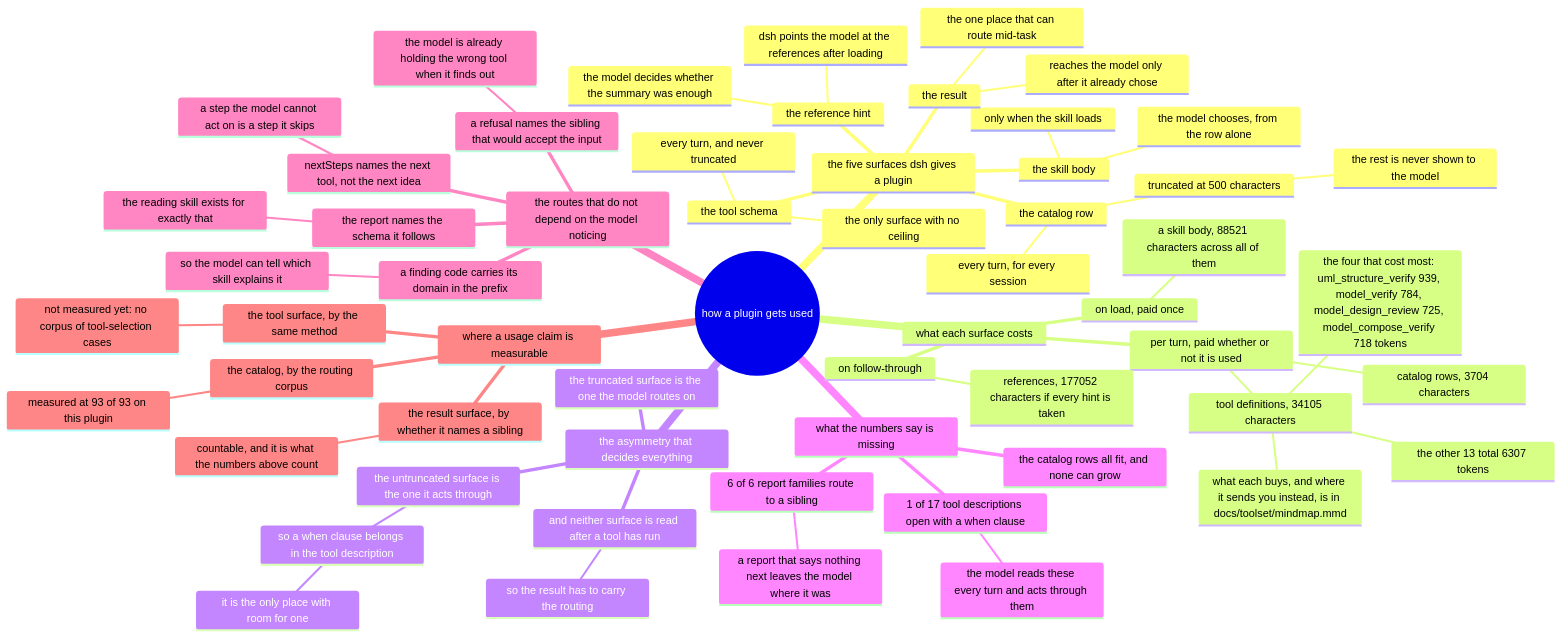
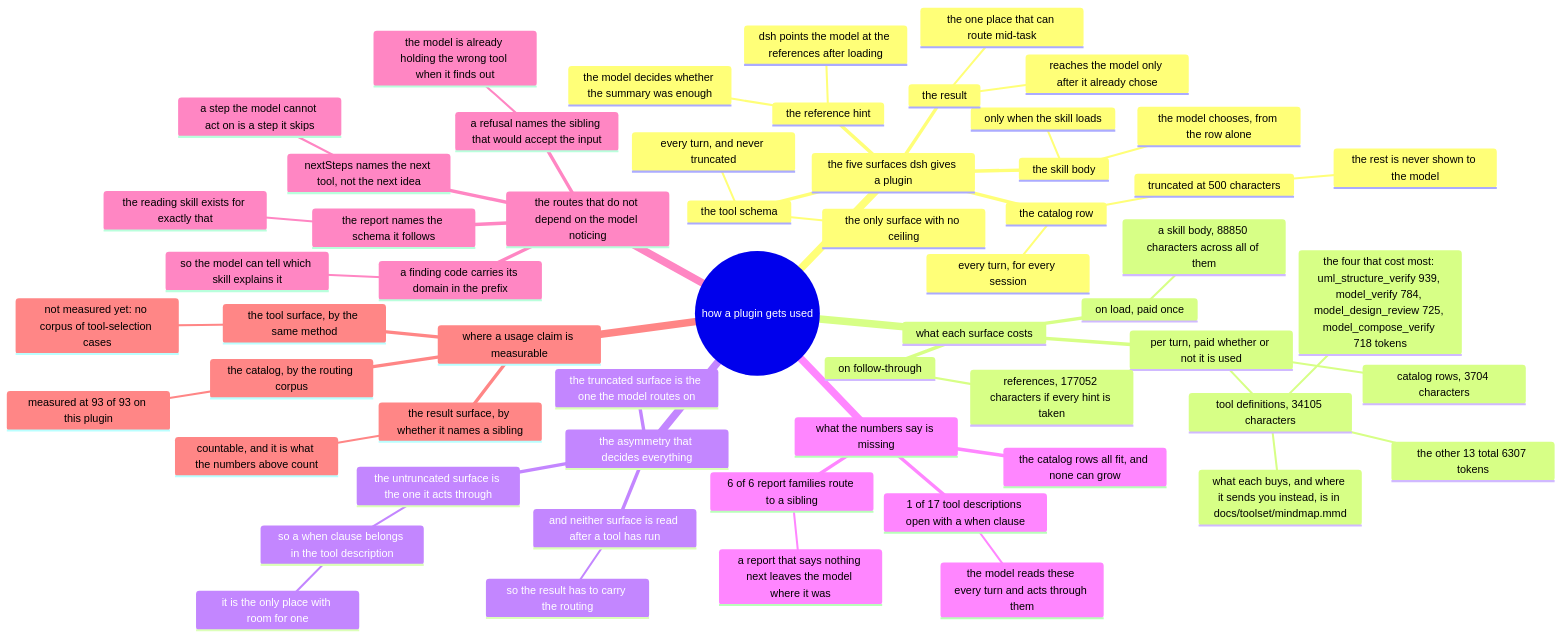
The diagram in docs/usage/mindmap.mmd (AmethystLuna/dsh-model-everything), drawn with Mermaid before and after one commit. The commit also changed 14 other files, not shown here.

```diff
--- a/docs/usage/mindmap.mmd
+++ b/docs/usage/mindmap.mmd
@@ -1,59 +1,59 @@
 mindmap
 root((how a plugin gets used))
   the five surfaces dsh gives a plugin
     the catalog row
       every turn, for every session
       truncated at 500 characters
         the rest is never shown to the model
     the skill body
       only when the skill loads
       the model chooses, from the row alone
     the reference hint
       dsh points the model at the references after loading
       the model decides whether the summary was enough
     the tool schema
       every turn, and never truncated
       the only surface with no ceiling
     the result
       reaches the model only after it already chose
       the one place that can route mid-task
   what each surface costs
     per turn, paid whether or not it is used
       catalog rows, 3704 characters
       tool definitions, 34105 characters
         the four that cost most: uml_structure_verify 939, model_verify 784, model_design_review 725, model_compose_verify 718 tokens
         the other 13 total 6307 tokens
         what each buys, and where it sends you instead, is in docs/toolset/mindmap.mmd
     on load, paid once
-      a skill body, 88521 characters across all of them
+      a skill body, 88850 characters across all of them
     on follow-through
       references, 177052 characters if every hint is taken
   the asymmetry that decides everything
     the truncated surface is the one the model routes on
     the untruncated surface is the one it acts through
       so a when clause belongs in the tool description
         it is the only place with room for one
     and neither surface is read after a tool has run
       so the result has to carry the routing
   what the numbers say is missing
     1 of 17 tool descriptions open with a when clause
       the model reads these every turn and acts through them
     6 of 6 report families route to a sibling
       a report that says nothing next leaves the model where it was
     the catalog rows all fit, and none can grow
   the routes that do not depend on the model noticing
     a refusal names the sibling that would accept the input
       the model is already holding the wrong tool when it finds out
     nextSteps names the next tool, not the next idea
       a step the model cannot act on is a step it skips
     a finding code carries its domain in the prefix
       so the model can tell which skill explains it
     the report names the schema it follows
       the reading skill exists for exactly that
   where a usage claim is measurable
     the catalog, by the routing corpus
       measured at 93 of 93 on this plugin
     the tool surface, by the same method
       not measured yet: no corpus of tool-selection cases
     the result surface, by whether it names a sibling
       countable, and it is what the numbers above count
```
